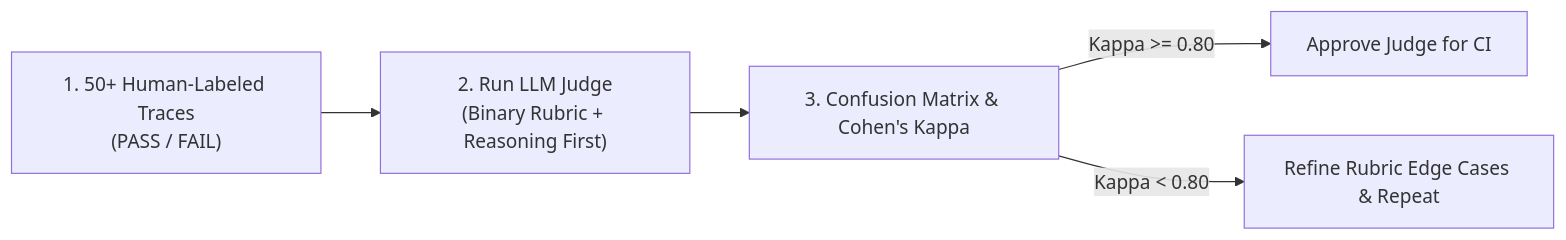
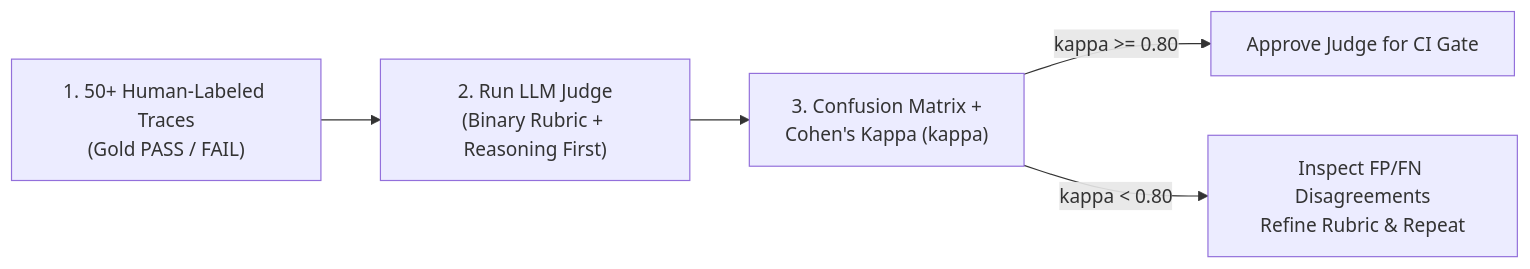
The second of 2 diagrams in Lecture 42 - Neuro-Symbolic Verification Z3 and GEPA/notes/02_Tool_Action_Correctness_and_Calibrated_Judges.md (Amie-dev/FDE-and-GenAI-Mastery), drawn with Mermaid before and after one commit. The commit also changed other lines of this file and 92 other files, not shown here.

````diff
--- a/Lecture 42 - Neuro-Symbolic Verification Z3 and GEPA/notes/02_Tool_Action_Correctness_and_Calibrated_Judges.md
+++ b/Lecture 42 - Neuro-Symbolic Verification Z3 and GEPA/notes/02_Tool_Action_Correctness_and_Calibrated_Judges.md
@@ -40,7 +75,7 @@
 ```mermaid
 flowchart LR
-    Set["1. 50+ Human-Labeled Traces<br/>(PASS / FAIL)"] --> Judge["2. Run LLM Judge<br/>(Binary Rubric + Reasoning First)"]
-    Judge --> Matrix["3. Confusion Matrix & Cohen's Kappa"]
-    Matrix -->|"Kappa >= 0.80"| Ship["Approve Judge for CI"]
-    Matrix -->|"Kappa < 0.80"| Tune["Refine Rubric Edge Cases & Repeat"]
+    Set["1. 50+ Human-Labeled Traces<br/>(Gold PASS / FAIL)"] --> Judge["2. Run LLM Judge<br/>(Binary Rubric + Reasoning First)"]
+    Judge --> Matrix["3. Confusion Matrix +<br/>Cohen's Kappa (kappa)"]
+    Matrix -->|"kappa >= 0.80"| Ship["Approve Judge for CI Gate"]
+    Matrix -->|"kappa < 0.80"| Tune["Inspect FP/FN Disagreements<br/>Refine Rubric & Repeat"]
 ```
````
